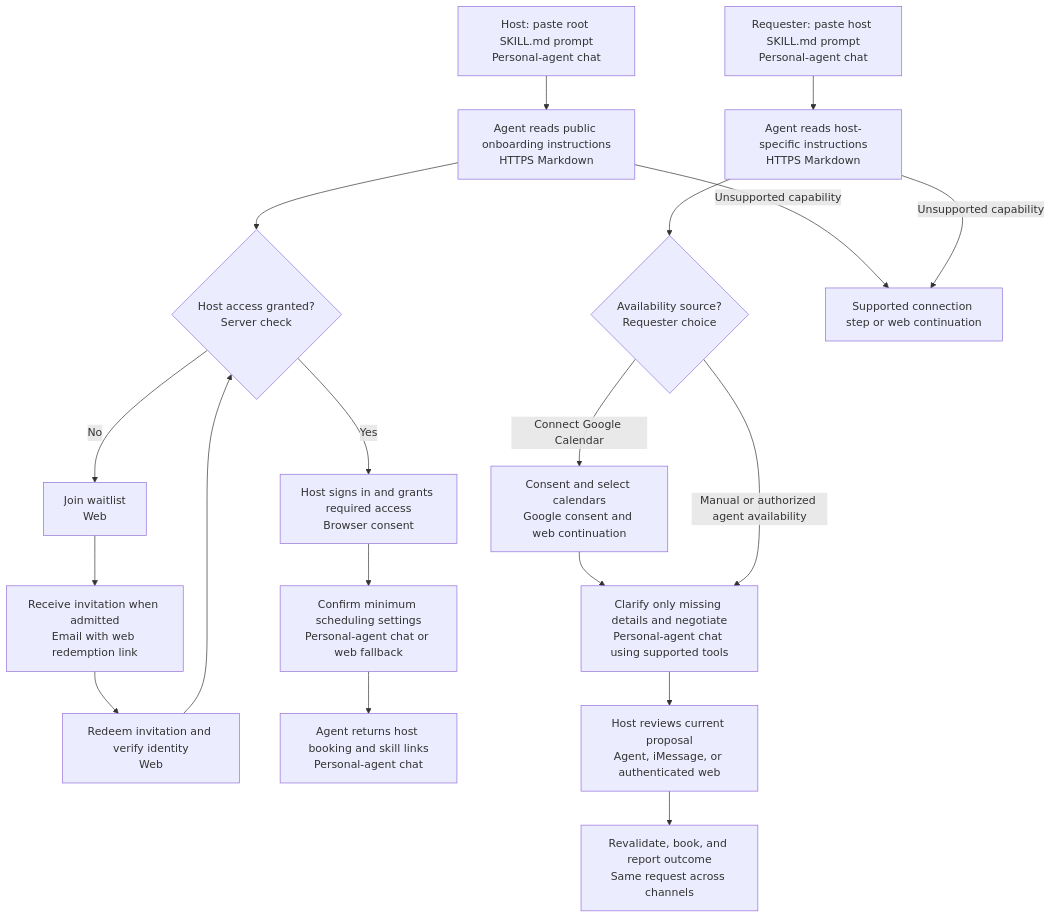
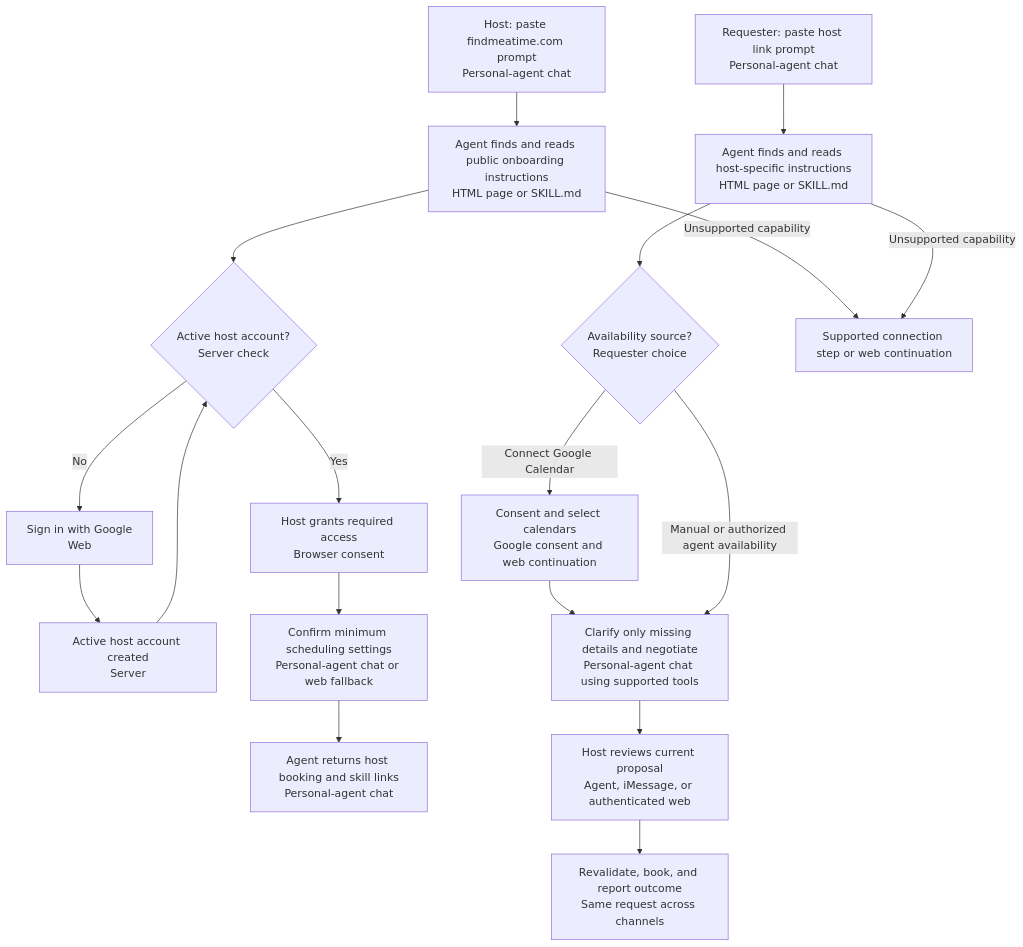
The second of 4 diagrams in documentations/user_experience/01_user_journeys.md (snuhcs-course/swpp-2026-project-team-01), drawn with Mermaid before and after one commit. The commit also changed other lines of this file and 426 other files, not shown here.

````diff
--- a/documentations/user_experience/01_user_journeys.md
+++ b/documentations/user_experience/01_user_journeys.md
@@ -66,21 +66,20 @@
 ```mermaid
 flowchart TD
-    H["Host: paste root SKILL.md prompt<br/>Personal-agent chat"] --> HS["Agent reads public onboarding instructions<br/>HTTPS Markdown"]
-    HS --> GA{"Host access granted?<br/>Server check"}
-    GA -->|No| WL["Join waitlist<br/>Web"]
-    WL --> IV["Receive invitation when admitted<br/>Email with web redemption link"]
-    IV --> RD["Redeem invitation and verify identity<br/>Web"]
-    RD --> GA
-    GA -->|Yes| HC["Host signs in and grants required access<br/>Browser consent"]
+    H["Host: paste findmeatime.com prompt<br/>Personal-agent chat"] --> HS["Agent finds and reads public onboarding instructions<br/>HTML page or SKILL.md"]
+    HS --> GA{"Active host account?<br/>Server check"}
+    GA -->|No| WL["Sign in with Google<br/>Web"]
+    WL --> IV["Active host account created<br/>Server"]
+    IV --> GA
+    GA -->|Yes| HC["Host grants required access<br/>Browser consent"]
     HC --> HP["Confirm minimum scheduling settings<br/>Personal-agent chat or web fallback"]
     HP --> L["Agent returns host booking and skill links<br/>Personal-agent chat"]
-    R["Requester: paste host SKILL.md prompt<br/>Personal-agent chat"] --> RS["Agent reads host-specific instructions<br/>HTTPS Markdown"]
+    R["Requester: paste host link prompt<br/>Personal-agent chat"] --> RS["Agent finds and reads host-specific instructions<br/>HTML page or SKILL.md"]
     RS --> RC{"Availability source?<br/>Requester choice"}
     RC -->|Connect Google Calendar| GC["Consent and select calendars<br/>Google consent and web continuation"]
     GC --> N["Clarify only missing details and negotiate<br/>Personal-agent chat using supported tools"]
     RC -->|Manual or authorized agent availability| N
     N --> A["Host reviews current proposal<br/>Agent, iMessage, or authenticated web"]
     A --> B["Revalidate, book, and report outcome<br/>Same request across channels"]
     HS -->|Unsupported capability| F[Supported connection step or web continuation]
     RS -->|Unsupported capability| F
 ```
````
